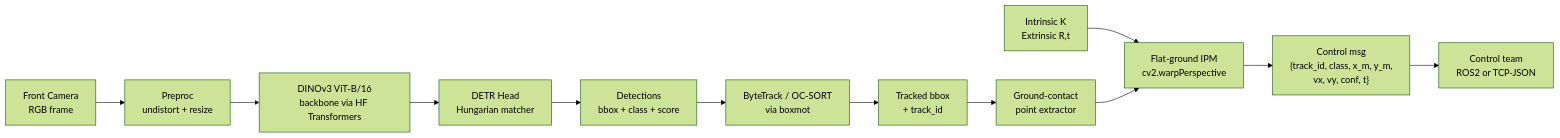
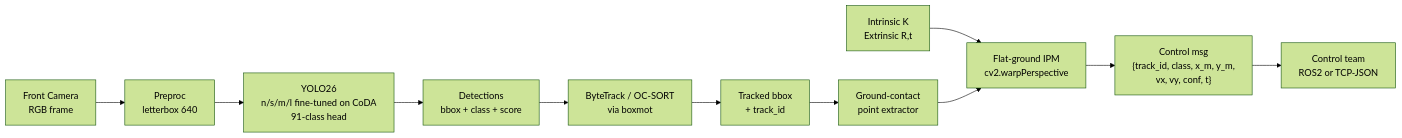
One commit to DCUSnSLab/SCVTerraVision changed the diagram in docs/PLAN.md. Above: the diagram before and after it, drawn with Mermaid (forest theme). The commit also changed other lines of this file and 18 other files, not shown here.

First line of the commit message:
Phase 1-3 신설 — Ultralytics YOLO26 fine-tune 라인 (코드 작성, 학습 미실행)

````diff
--- a/docs/PLAN.md
+++ b/docs/PLAN.md
@@ -61,14 +69,13 @@
 ```mermaid
 flowchart LR
-    CAM[Front Camera<br/>RGB frame] --> PRE[Preproc<br/>undistort + resize]
-    PRE --> BB[DINOv3 ViT-B/16<br/>backbone via HF Transformers]
-    BB --> HEAD[DETR Head<br/>Hungarian matcher]
-    HEAD --> DET["Detections<br/>bbox + class + score"]
+    CAM[Front Camera<br/>RGB frame] --> PRE[Preproc<br/>letterbox 640]
+    PRE --> YOLO[YOLO26<br/>n/s/m/l fine-tuned on CoDA<br/>91-class head]
+    YOLO --> DET["Detections<br/>bbox + class + score"]
     DET --> TRK[ByteTrack / OC-SORT<br/>via boxmot]
     TRK --> TRKOUT["Tracked bbox<br/>+ track_id"]
     TRKOUT --> FOOT[Ground-contact<br/>point extractor]
     CALIB[Intrinsic K<br/>Extrinsic R,t] --> IPM
     FOOT --> IPM[Flat-ground IPM<br/>cv2.warpPerspective]
     IPM --> OUT["Control msg<br/>{track_id, class, x_m, y_m,<br/>vx, vy, conf, t}"]
     OUT --> CTRL[Control team<br/>ROS2 or TCP-JSON]
 ```
````
